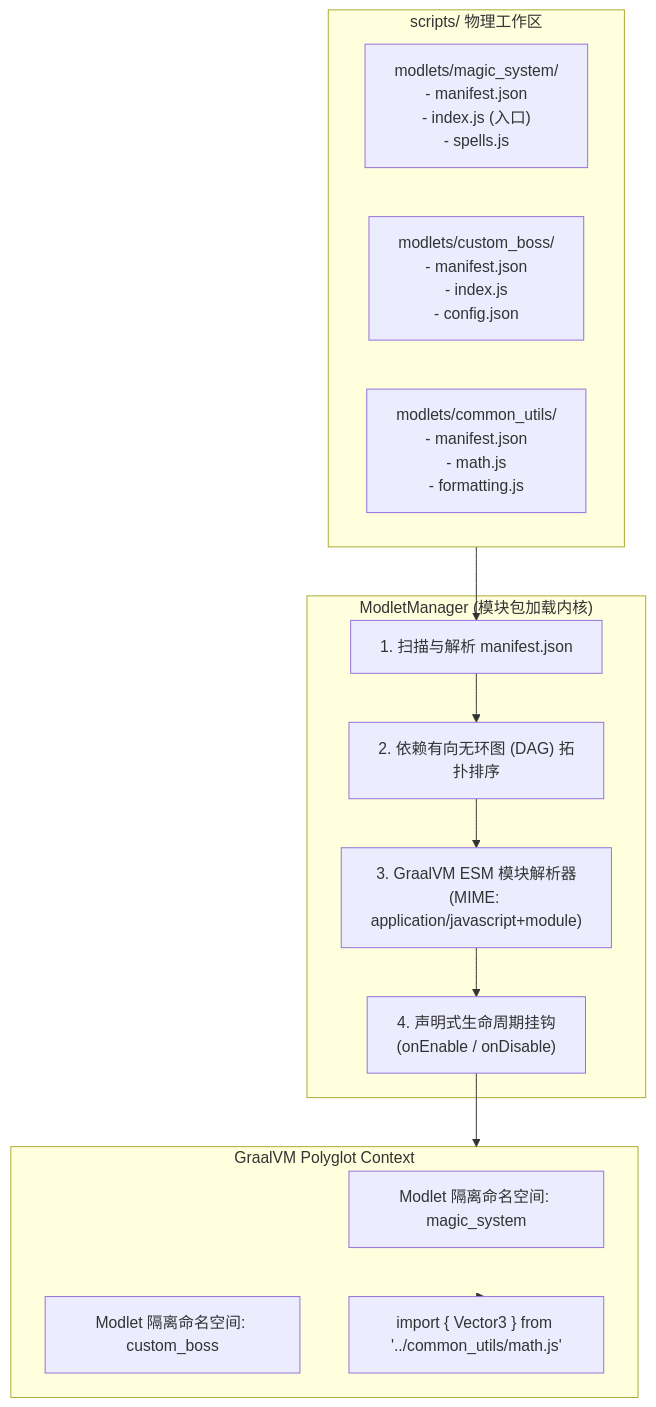
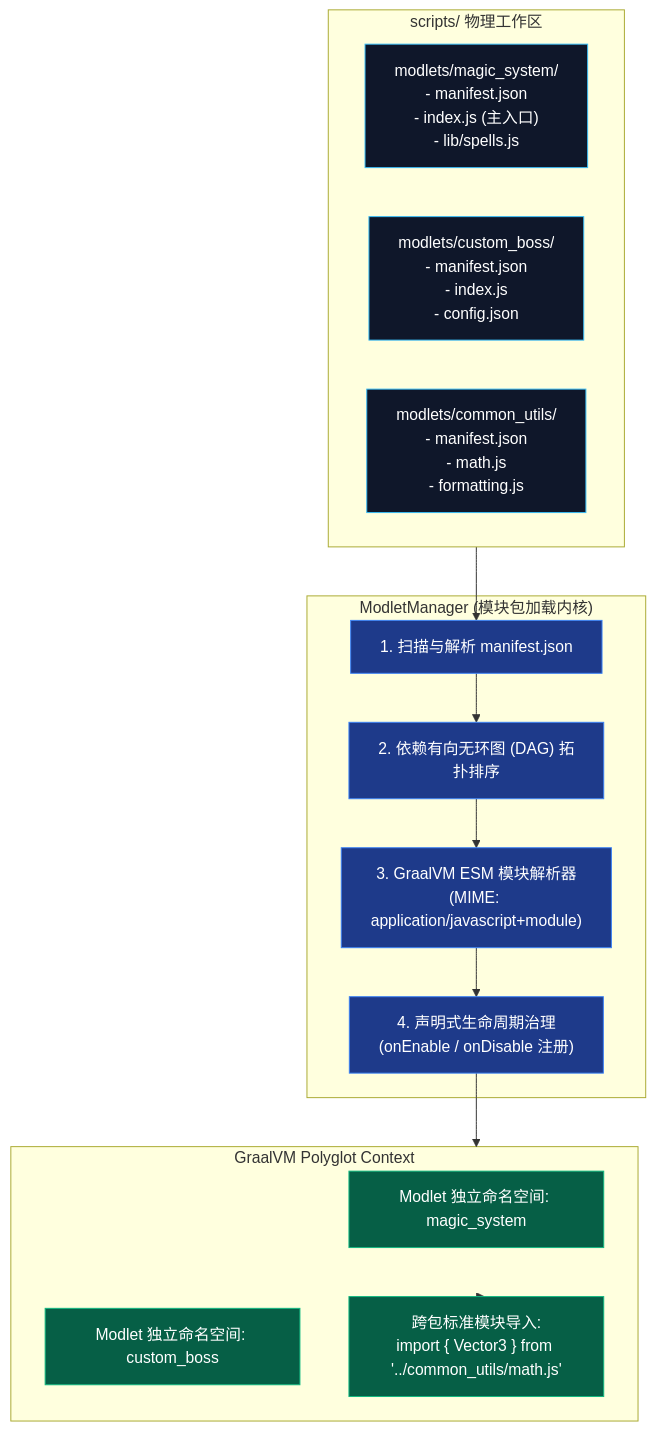
Before and after one commit to nooooocato/graal-agent: the diagram in docs/new_base/Module-ESM-Modlet-System.md, drawn with Mermaid. The commit also changed other lines of this file and 16 other files, not shown here.

````diff
--- a/docs/new_base/Module-ESM-Modlet-System.md
+++ b/docs/new_base/Module-ESM-Modlet-System.md
@@ -23,28 +23,32 @@
 ```mermaid
 flowchart TD
+    classDef dir fill:#0f172a,stroke:#38bdf8,color:#fff
+    classDef loader fill:#1e3a8a,stroke:#3b82f6,color:#fff
+    classDef rt fill:#065f46,stroke:#10b981,color:#fff
+
     subgraph ScriptsRoot["scripts/ 物理工作区"]
-        ModA["modlets/magic_system/\n- manifest.json\n- index.js (入口)\n- spells.js"]
-        ModB["modlets/custom_boss/\n- manifest.json\n- index.js\n- config.json"]
-        Shared["modlets/common_utils/\n- manifest.json\n- math.js\n- formatting.js"]
+        ModA["modlets/magic_system/\n- manifest.json\n- index.js (主入口)\n- lib/spells.js"]:::dir
+        ModB["modlets/custom_boss/\n- manifest.json\n- index.js\n- config.json"]:::dir
+        Shared["modlets/common_utils/\n- manifest.json\n- math.js\n- formatting.js"]:::dir
     end
 
     subgraph ModletLoader["ModletManager (模块包加载内核)"]
-        Scan["1. 扫描与解析 manifest.json"]
-        DAG["2. 依赖有向无环图 (DAG) 拓扑排序"]
-        Resolve["3. GraalVM ESM 模块解析器\n(MIME: application/javascript+module)"]
-        Lifecycle["4. 声明式生命周期挂钩\n(onEnable / onDisable)"]
+        Scan["1. 扫描与解析 manifest.json"]:::loader
+        DAG["2. 依赖有向无环图 (DAG) 拓扑排序"]:::loader
+        Resolve["3. GraalVM ESM 模块解析器\n(MIME: application/javascript+module)"]:::loader
+        Lifecycle["4. 声明式生命周期治理\n(onEnable / onDisable 注册)"]:::loader
     end
 
     subgraph Runtime["GraalVM Polyglot Context"]
-        ScopeA["Modlet 隔离命名空间: magic_system"]
-        ScopeB["Modlet 隔离命名空间: custom_boss"]
-        Import["import { Vector3 } from '../common_utils/math.js'"]
+        ScopeA["Modlet 独立命名空间: magic_system"]:::rt
+        ScopeB["Modlet 独立命名空间: custom_boss"]:::rt
+        Import["跨包标准模块导入:\nimport { Vector3 } from '../common_utils/math.js'"]:::rt
     end
 
     ScriptsRoot --> Scan
     Scan --> DAG
     DAG --> Resolve
     Resolve --> Lifecycle
     Lifecycle --> Runtime
     Runtime --> Import
 ```
````
